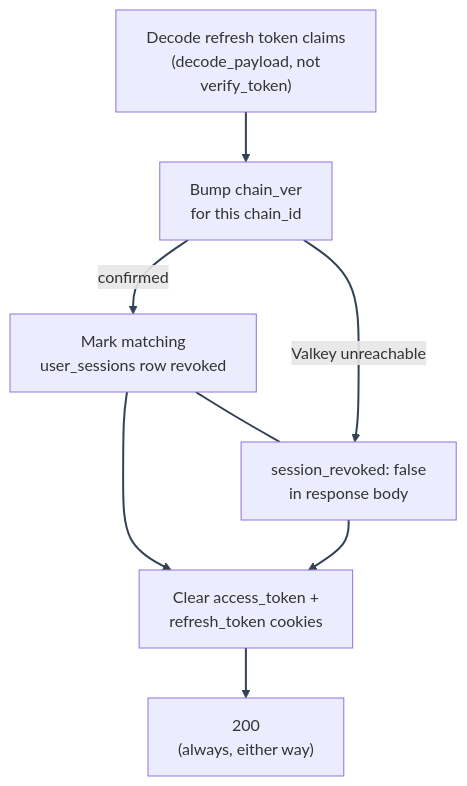
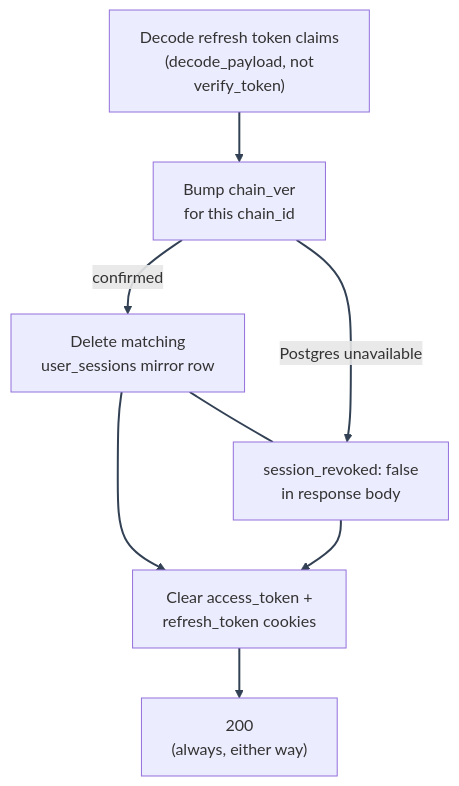
Before and after one commit to Nachiket-2024/mystic-auth: the first of 2 diagrams in docs/mystic_auth/authentication/logout.md, drawn with Mermaid. The commit also changed other lines of this file and 376 other files, not shown here.

````diff
--- a/docs/mystic_auth/authentication/logout.md
+++ b/docs/mystic_auth/authentication/logout.md
@@ -27,12 +27,12 @@
 ```mermaid
 %%{init: {"themeVariables": {"lineColor": "#334155"}} }%%
 flowchart TD
     L1["Decode refresh token claims\n (decode_payload, not verify_token)"] --> L2["Bump chain_ver\n for this chain_id"]
-    L2 -->|confirmed| L3["Mark matching\n user_sessions row revoked"]
+    L2 -->|confirmed| L3["Delete matching\n user_sessions mirror row"]
     L3 ~~~ L3b
-    L2 -->|Valkey unreachable| L3b["session_revoked: false\n in response body"]
+    L2 -->|Postgres unavailable| L3b["session_revoked: false\n in response body"]
     L3 --> L4["Clear access_token +\n refresh_token cookies"]
     L3b --> L4
     L4 --> L5["200\n (always, either way)"]
     linkStyle default stroke:#334155,stroke-width:2px
 ```
````
